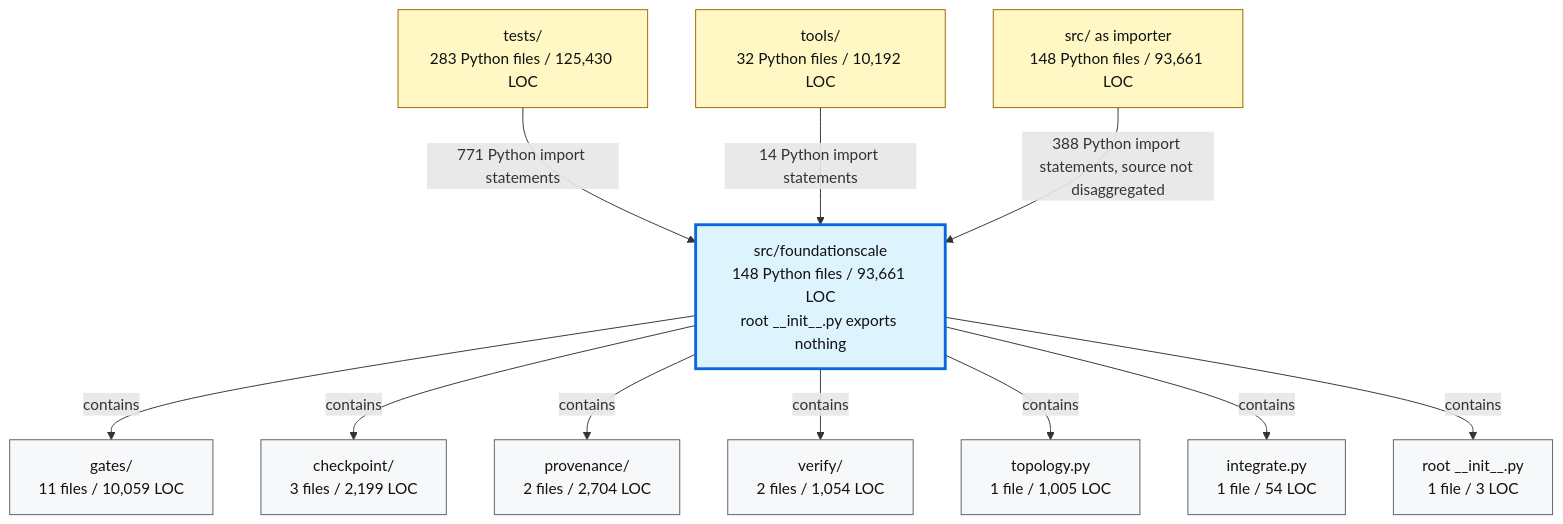
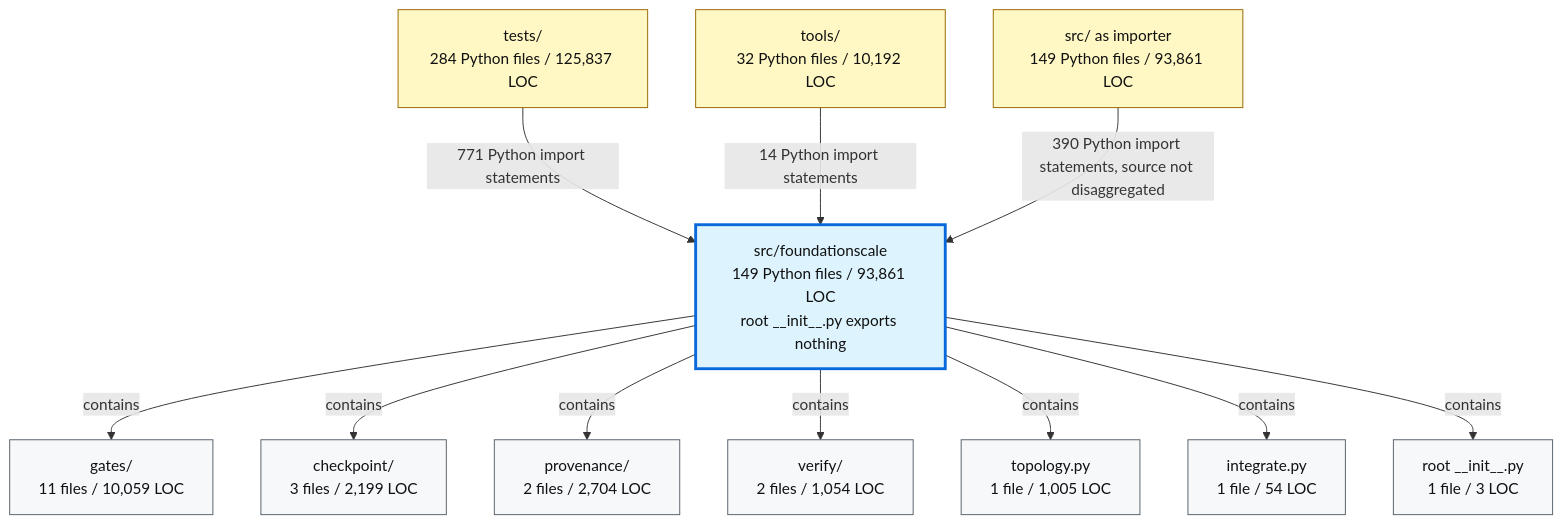
One commit to TranNhiem/FoundationScale changed the second of 2 diagrams in docs/review/D2_current_architecture.md. Above: the diagram before and after it, drawn with Mermaid. The commit also changed other lines of this file and 18 other files, not shown here.

````diff
--- a/docs/review/D2_current_architecture.md
+++ b/docs/review/D2_current_architecture.md
@@ -97,36 +97,36 @@
 ```mermaid
 flowchart TB
-  TESTS["tests/<br/>283 Python files / 125,430 LOC"]
+  TESTS["tests/<br/>284 Python files / 125,837 LOC"]
   TOOLS["tools/<br/>32 Python files / 10,192 LOC"]
-  SRC["src/ as importer<br/>148 Python files / 93,661 LOC"]
+  SRC["src/ as importer<br/>149 Python files / 93,861 LOC"]
 
-  FS["src/foundationscale<br/>148 Python files / 93,661 LOC<br/>root __init__.py exports nothing"]
+  FS["src/foundationscale<br/>149 Python files / 93,861 LOC<br/>root __init__.py exports nothing"]
 
   GATES["gates/<br/>11 files / 10,059 LOC"]
   CKPT["checkpoint/<br/>3 files / 2,199 LOC"]
   PROV["provenance/<br/>2 files / 2,704 LOC"]
   VERIFY["verify/<br/>2 files / 1,054 LOC"]
   TOPO["topology.py<br/>1 file / 1,005 LOC"]
   INTEG["integrate.py<br/>1 file / 54 LOC"]
   ROOT["root __init__.py<br/>1 file / 3 LOC"]
 
   TESTS -->|"771 Python import statements"| FS
   TOOLS -->|"14 Python import statements"| FS
-  SRC -->|"388 Python import statements, source not disaggregated"| FS
+  SRC -->|"390 Python import statements, source not disaggregated"| FS
 
   FS -->|"contains"| GATES
   FS -->|"contains"| CKPT
   FS -->|"contains"| PROV
   FS -->|"contains"| VERIFY
   FS -->|"contains"| TOPO
   FS -->|"contains"| INTEG
   FS -->|"contains"| ROOT
 
   classDef consumer fill:#fff8c5,stroke:#9a6700,color:#111;
   classDef package fill:#ddf4ff,stroke:#0969da,stroke-width:3px,color:#111;
   classDef module fill:#f6f8fa,stroke:#57606a,color:#111;
 
   class TESTS,TOOLS,SRC consumer;
   class FS package;
   class GATES,CKPT,PROV,VERIFY,TOPO,INTEG,ROOT module;
 ```
````
